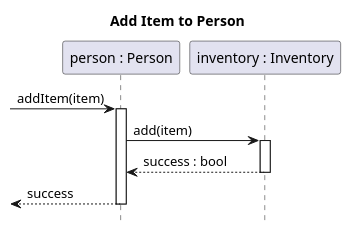
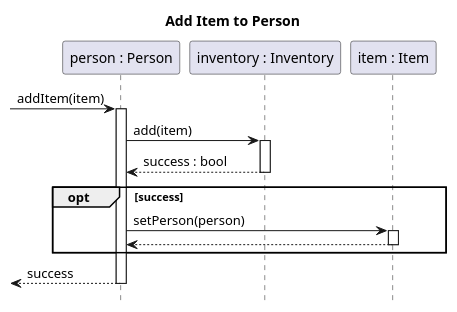
Before and after one commit to sn4k3ch4rm3r/logarlec: the diagram in docs/diagrams/sequence/person-add-item.puml, drawn with PlantUML. The commit also changed 9 other files, not shown here.

```diff
--- a/docs/diagrams/sequence/person-add-item.puml
+++ b/docs/diagrams/sequence/person-add-item.puml
@@ -1,15 +1,20 @@
 @startuml person-add-item
 
 title Add Item to Person
 hide footbox
 autoactivate on
 
 participant "person : Person" as person
 participant "inventory : Inventory" as inventory
+participant "item : Item" as item
 
 [-> person : addItem(item)
 	person -> inventory : add(item)
 	return success : bool
+	opt success
+		person -> item ++: setPerson(person)
+		return
+	end
 return success
 
 @enduml
```
